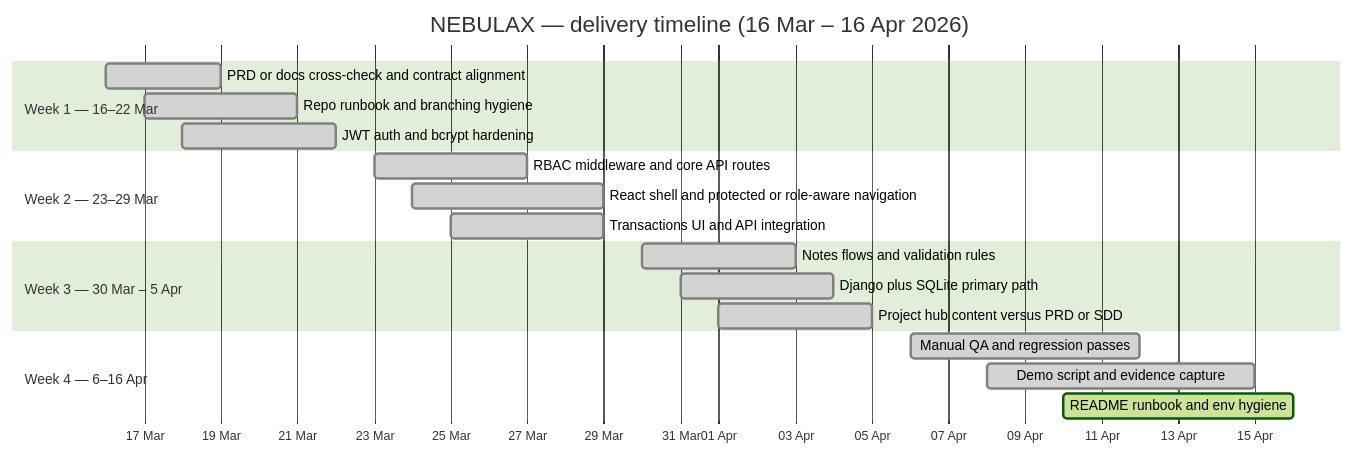
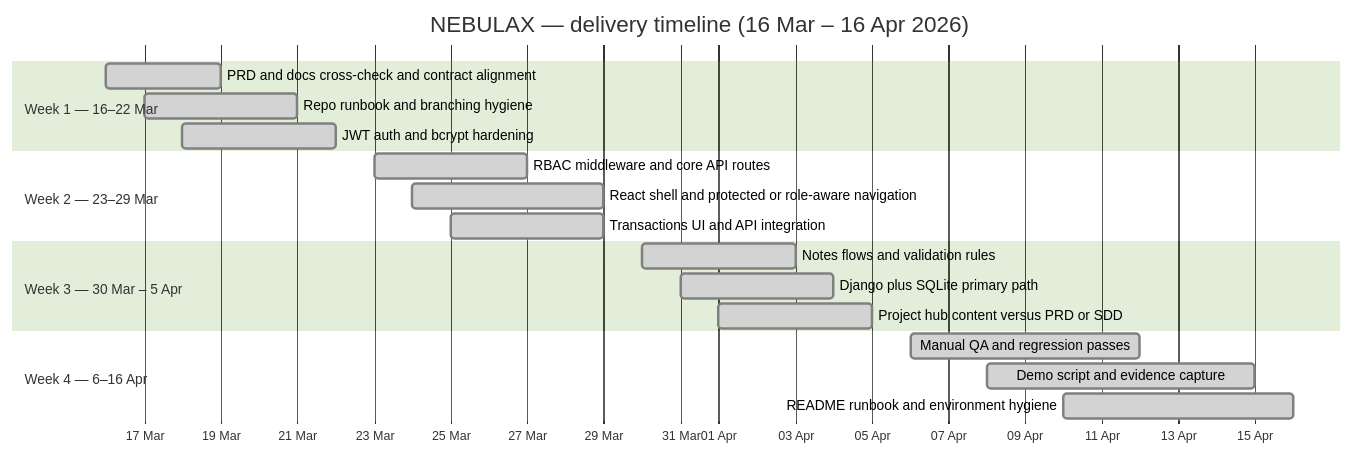
The diagram in docs/IT6006_Kanban_NEBULAX.md (M-Moiz-Farooq/Nebulax), drawn with Mermaid (forest theme) before and after one commit. The commit also changed other lines of this file and 2 other files, not shown here.

First line of the commit message:
Docs: submission-ready Kanban, rubric alignment, remove ambiguous phrasing

````diff
--- a/docs/IT6006_Kanban_NEBULAX.md
+++ b/docs/IT6006_Kanban_NEBULAX.md
@@ -33,26 +50,26 @@
 ```mermaid
 gantt
 title NEBULAX — delivery timeline (16 Mar – 16 Apr 2026)
 dateFormat YYYY-MM-DD
 axisFormat %d %b
 
 section Week 1 — 16–22 Mar
-PRD or docs cross-check and contract alignment     :done, w1a, 2026-03-16, 2026-03-19
+PRD and docs cross-check and contract alignment     :done, w1a, 2026-03-16, 2026-03-19
 Repo runbook and branching hygiene                 :done, w1b, 2026-03-17, 2026-03-21
 JWT auth and bcrypt hardening                      :done, w1c, 2026-03-18, 2026-03-22
 
 section Week 2 — 23–29 Mar
 RBAC middleware and core API routes                :done, w2a, 2026-03-23, 2026-03-27
 React shell and protected or role-aware navigation :done, w2b, 2026-03-24, 2026-03-29
 Transactions UI and API integration              :done, w2c, 2026-03-25, 2026-03-29
 
 section Week 3 — 30 Mar – 5 Apr
 Notes flows and validation rules                   :done, w3a, 2026-03-30, 2026-04-03
 Django plus SQLite primary path                    :done, w3b, 2026-03-31, 2026-04-04
 Project hub content versus PRD or SDD             :done, w3c, 2026-04-01, 2026-04-05
 
 section Week 4 — 6–16 Apr
 Manual QA and regression passes                    :done, w4a, 2026-04-06, 2026-04-12
 Demo script and evidence capture                   :done, w4b, 2026-04-08, 2026-04-15
-README runbook and env hygiene                     :active, w4c, 2026-04-10, 2026-04-16
+README runbook and environment hygiene             :done, w4c, 2026-04-10, 2026-04-16
 ```
````
